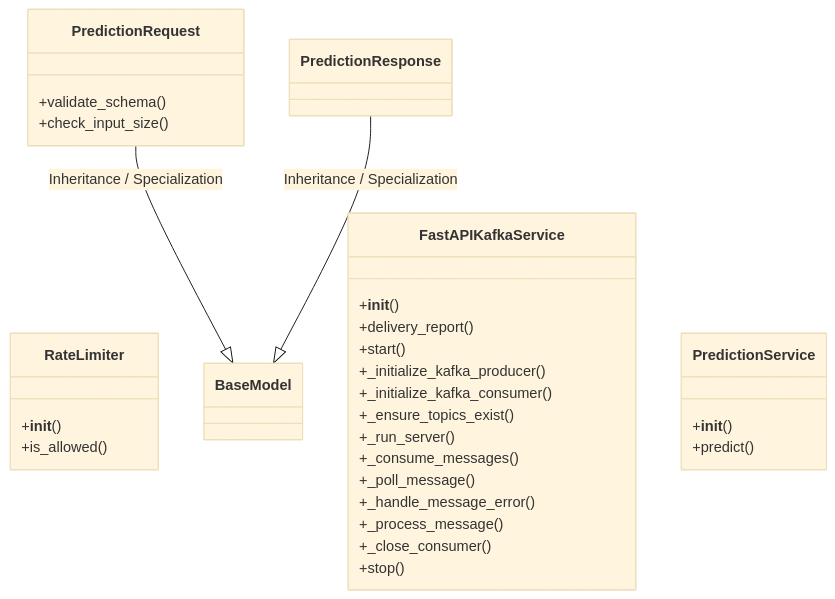
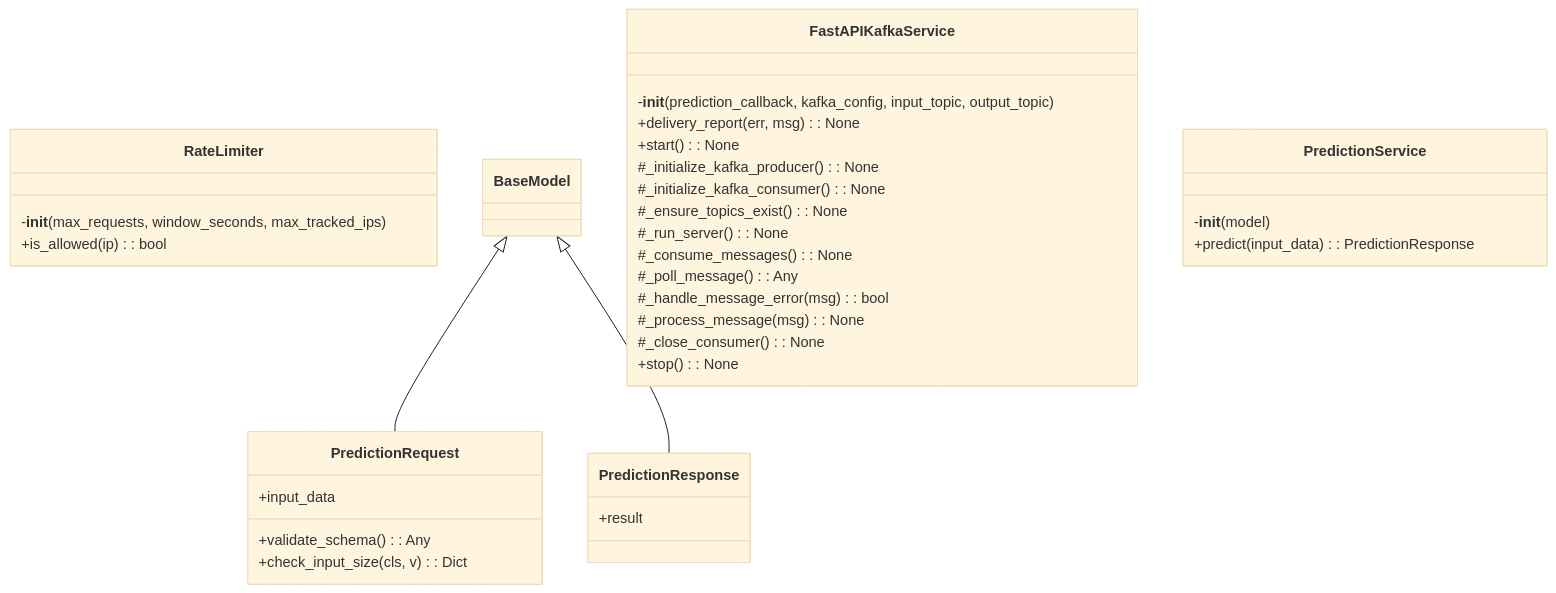
The first of 4 diagrams in openwiki/src/regression_model_template/controller/kafka_app.md (lgcorzo/mlops-python-package), drawn with Mermaid (base theme) before and after one commit. The commit also changed other lines of this file and 91 other files, not shown here.

````diff
--- a/openwiki/src/regression_model_template/controller/kafka_app.md
+++ b/openwiki/src/regression_model_template/controller/kafka_app.md
@@ -20,35 +21,36 @@
 ```mermaid
 classDiagram
-    direction BT
     class RateLimiter {
-        +__init__()
-        +is_allowed()
+        -__init__(max_requests, window_seconds, max_tracked_ips)
+        +is_allowed(ip) : bool
     }
     class PredictionRequest {
-        +validate_schema()
-        +check_input_size()
+        +input_data
+        +validate_schema() : Any
+        +check_input_size(cls, v) : Dict
     }
-    BaseModel <|-- PredictionRequest : Inheritance / Specialization
+    BaseModel <|-- PredictionRequest
     class PredictionResponse {
+        +result
     }
-    BaseModel <|-- PredictionResponse : Inheritance / Specialization
+    BaseModel <|-- PredictionResponse
     class FastAPIKafkaService {
-        +__init__()
-        +delivery_report()
-        +start()
-        +_initialize_kafka_producer()
-        +_initialize_kafka_consumer()
-        +_ensure_topics_exist()
-        +_run_server()
-        +_consume_messages()
-        +_poll_message()
-        +_handle_message_error()
-        +_process_message()
-        +_close_consumer()
-        +stop()
+        -__init__(prediction_callback, kafka_config, input_topic, output_topic)
+        +delivery_report(err, msg) : None
+        +start() : None
+        #_initialize_kafka_producer() : None
+        #_initialize_kafka_consumer() : None
+        #_ensure_topics_exist() : None
+        #_run_server() : None
+        #_consume_messages() : None
+        #_poll_message() : Any
+        #_handle_message_error(msg) : bool
+        #_process_message(msg) : None
+        #_close_consumer() : None
+        +stop() : None
     }
     class PredictionService {
-        +__init__()
-        +predict()
+        -__init__(model)
+        +predict(input_data) : PredictionResponse
     }
 ```
````
